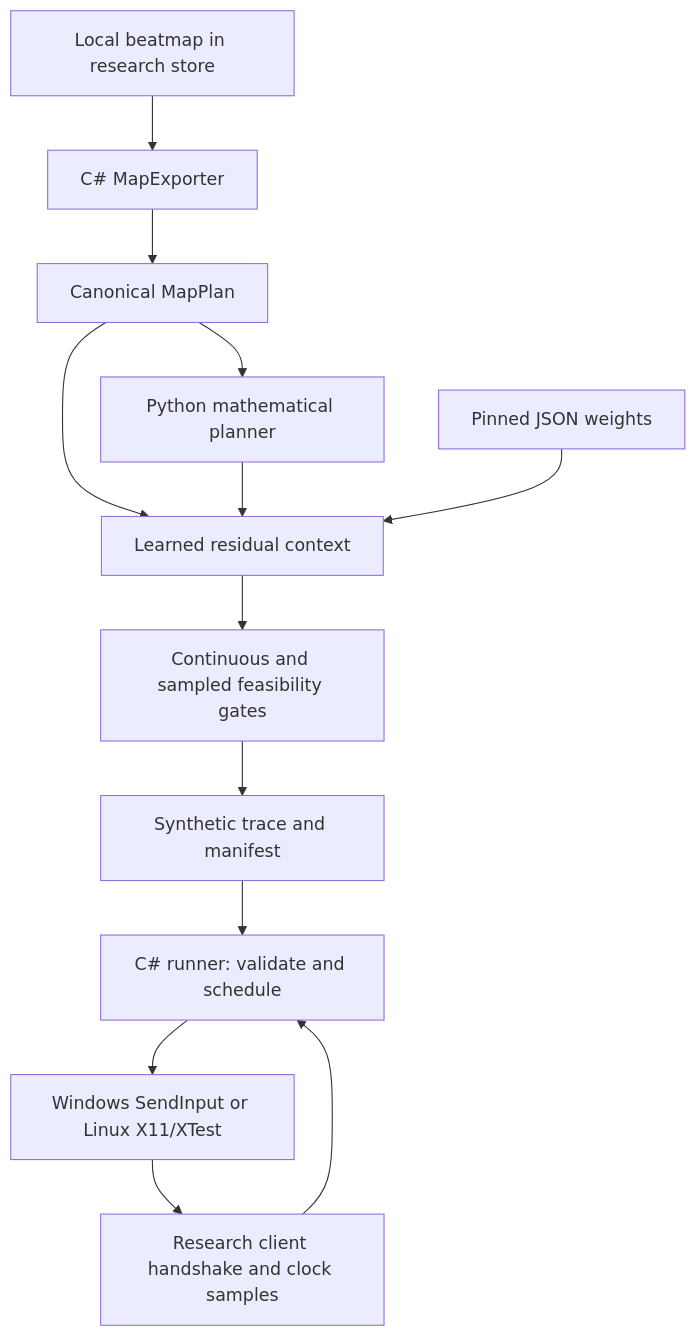
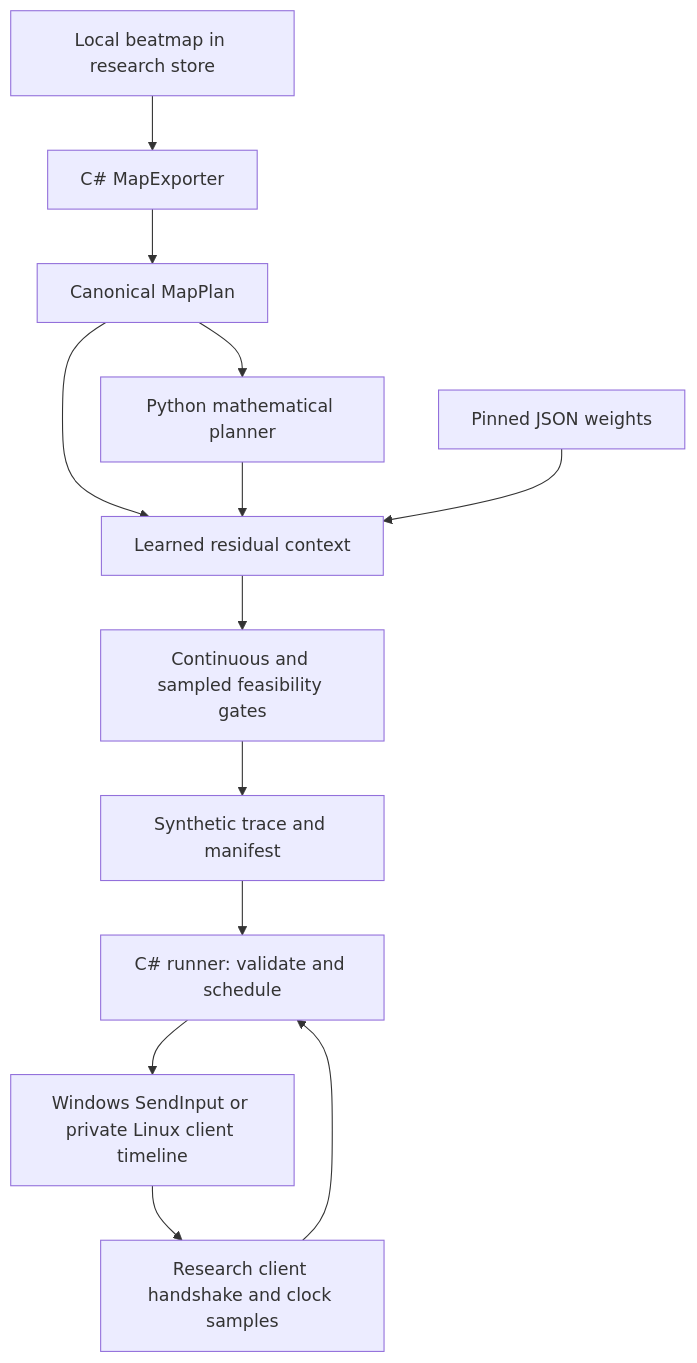
Before and after one commit to Enterlessguy/OSU-HSR: the diagram in docs/TECHNICAL_GUIDE.md, drawn with Mermaid. The commit also changed other lines of this file and 25 other files, not shown here.

Commit message:
Prepare Linux client playback and Arch package

````diff
--- a/docs/TECHNICAL_GUIDE.md
+++ b/docs/TECHNICAL_GUIDE.md
@@ -149,15 +149,15 @@
 ```mermaid
 flowchart TD
     M[Local beatmap in research store] --> E[C# MapExporter]
     E --> P[Canonical MapPlan]
     P --> B[Python mathematical planner]
     P --> C[Learned residual context]
     B --> C
     W[Pinned JSON weights] --> C
     C --> G[Continuous and sampled feasibility gates]
     G --> T[Synthetic trace and manifest]
     T --> R[C# runner: validate and schedule]
     H[Research client handshake and clock samples] --> R
-    R --> I[Windows SendInput or Linux X11/XTest]
+    R --> I[Windows SendInput or private Linux client timeline]
     I --> H
 ```
````
